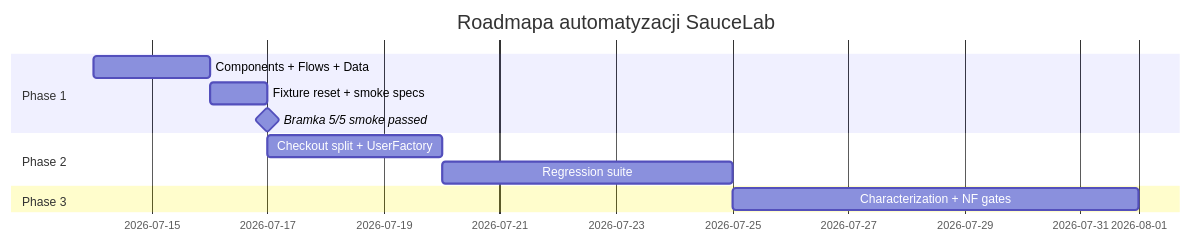
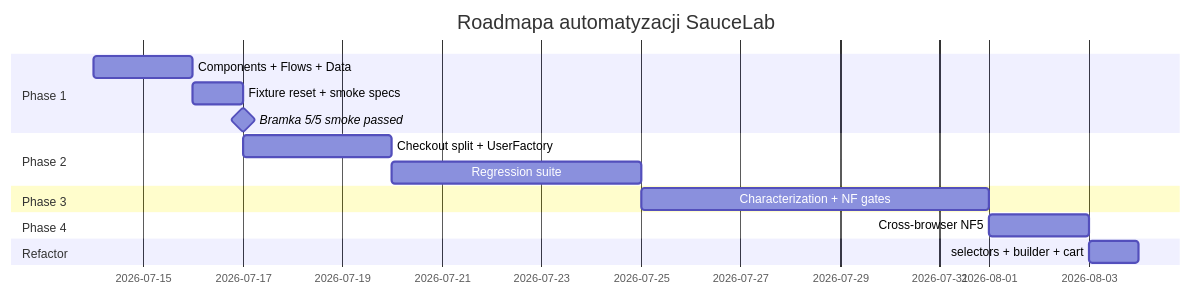
Before and after one commit to AgnieszkaPawlak/ai-saucelab-playwright: the fifth of 6 diagrams in docs/saucedemo-automation-architecture.md, drawn with Mermaid. The commit also changed other lines of this file and 11 other files, not shown here.

````diff
--- a/docs/saucedemo-automation-architecture.md
+++ b/docs/saucedemo-automation-architecture.md
@@ -594,14 +657,18 @@
 ```mermaid
 gantt
     title Roadmapa automatyzacji SauceLab
     dateFormat YYYY-MM-DD
     section Phase 1
     Components + Flows + Data     :p1a, 2026-07-14, 2d
     Fixture reset + smoke specs   :p1b, after p1a, 1d
     Bramka 5/5 smoke passed       :milestone, p1m, after p1b, 0d
     section Phase 2
     Checkout split + UserFactory  :p2a, after p1m, 3d
     Regression suite              :p2b, after p2a, 5d
     section Phase 3
     Characterization + NF gates   :p3a, after p2b, 7d
+    section Phase 4
+    Cross-browser NF5             :p4a, after p3a, 2d
+    section Refactor
+    selectors + builder + cart    :ref, after p4a, 1d
 ```
````
